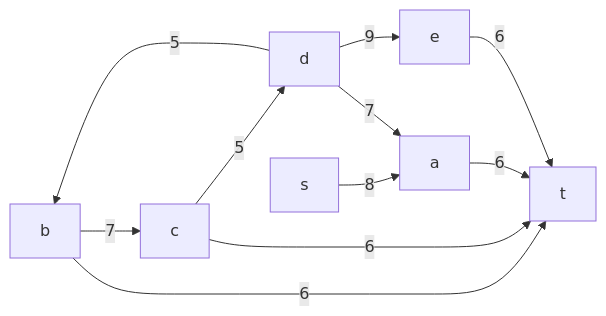
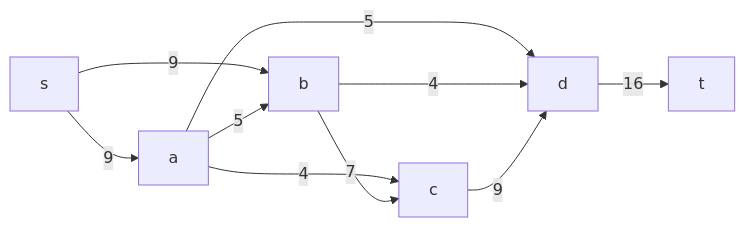
Before and after one commit to rmzvch/del: the diagram in README.md, drawn with Mermaid. The commit also changed other lines of this file, not shown here.

````diff
--- a/README.md
+++ b/README.md
@@ -22,13 +22,12 @@
 ```mermaid
 graph LR
-    e-->|6|t
-    b-->|6|t
-    a-->|6|t 
-    c-->|6|t
-    c-->|5|d
+    s-->|9|a
+    s-->|9|b
+    a-->|5|d
+    a-->|5|b
+    a-->|4|c
     b-->|7|c
-    d-->|7|a
-    d-->|9|e
-    d-->|5|b    
-    s-->|8|a    
+    b-->|4|d
+    c-->|9|d
+    d-->|16|t      
 ```
````
